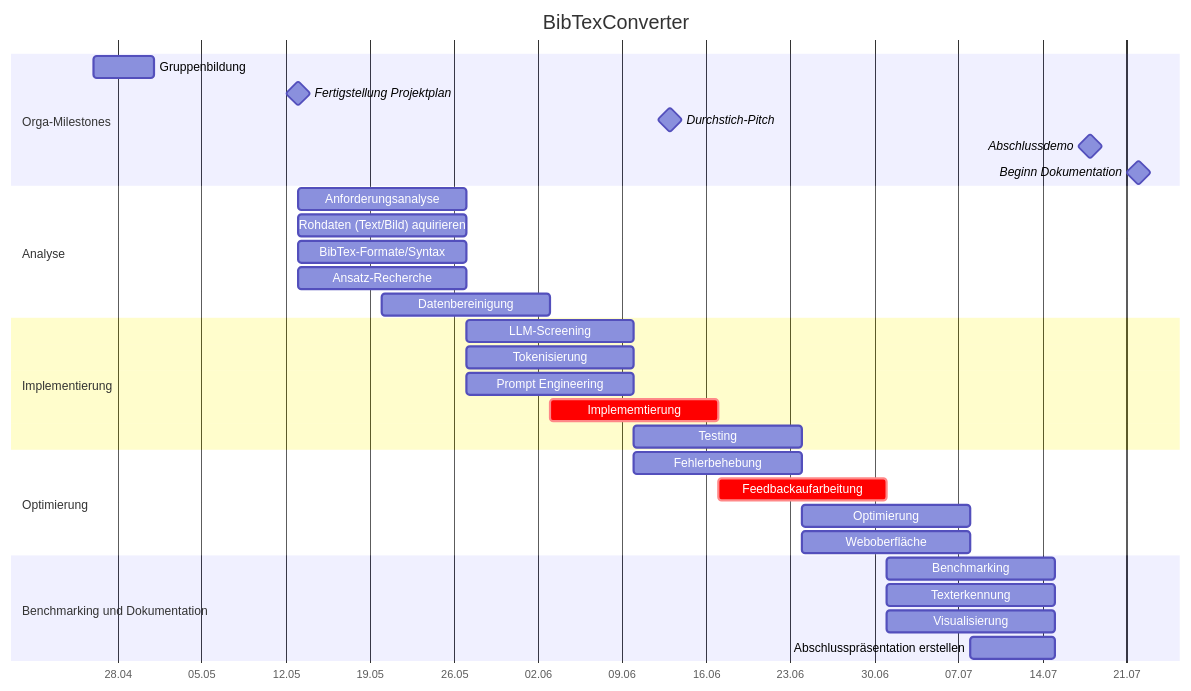
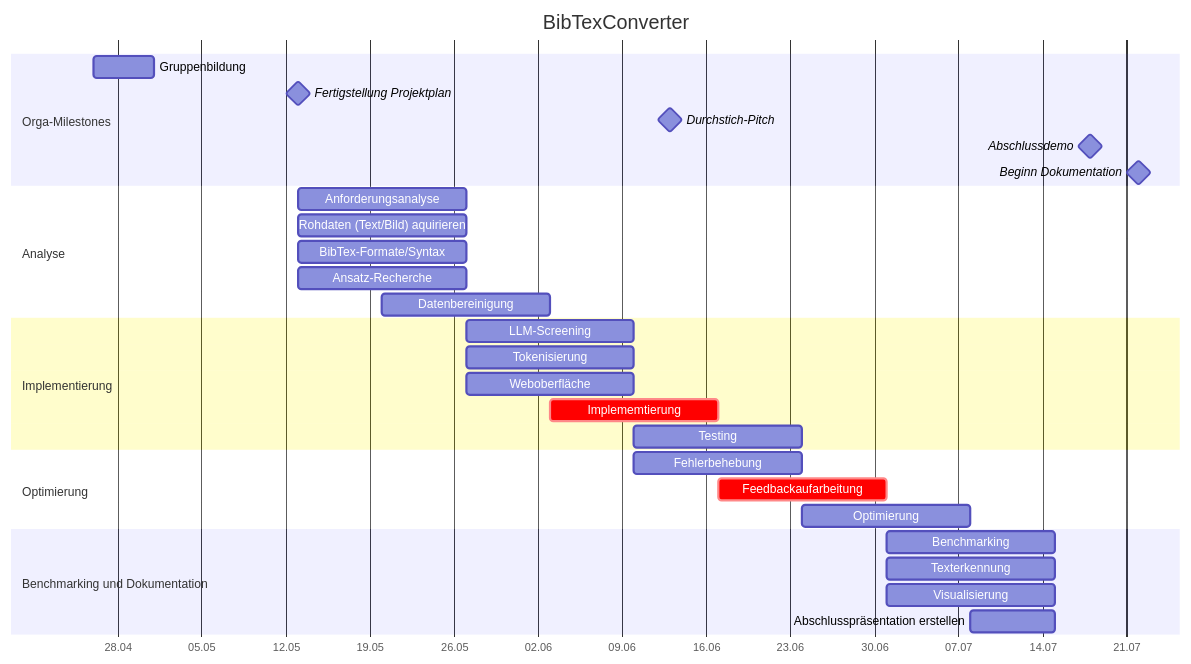
Before and after one commit to LaGit93/bibTexConverter_FaPra63065: the diagram in README.md, drawn with Mermaid.

```diff
--- a/README.md
+++ b/README.md
@@ -95,7 +95,7 @@
         
         LLM-Screening : P07, 27.05.2024, 14d
         Tokenisierung : P08, 27.05.2024, 14d
-        Prompt Engineering : P9, 27.05.2024, 14d
+        Weboberfläche : P9, 27.05.2024, 14d
         Implememtierung : crit, P10, 03.06.2024, 14d
         Testing: P11, 10.06.2024, 14d
     
@@ -103,7 +103,6 @@
         Fehlerbehebung : P13, 10.06.2024, 14d
         Feedbackaufarbeitung : crit,P12, 17.06.2024, 14d
         Optimierung : P14, 24.06.2024, 14d
-        Weboberfläche : P15, 24.06.2024, 14d
         
     section Benchmarking und Dokumentation  
         Benchmarking : P16, 01.07.2024, 14d
```
